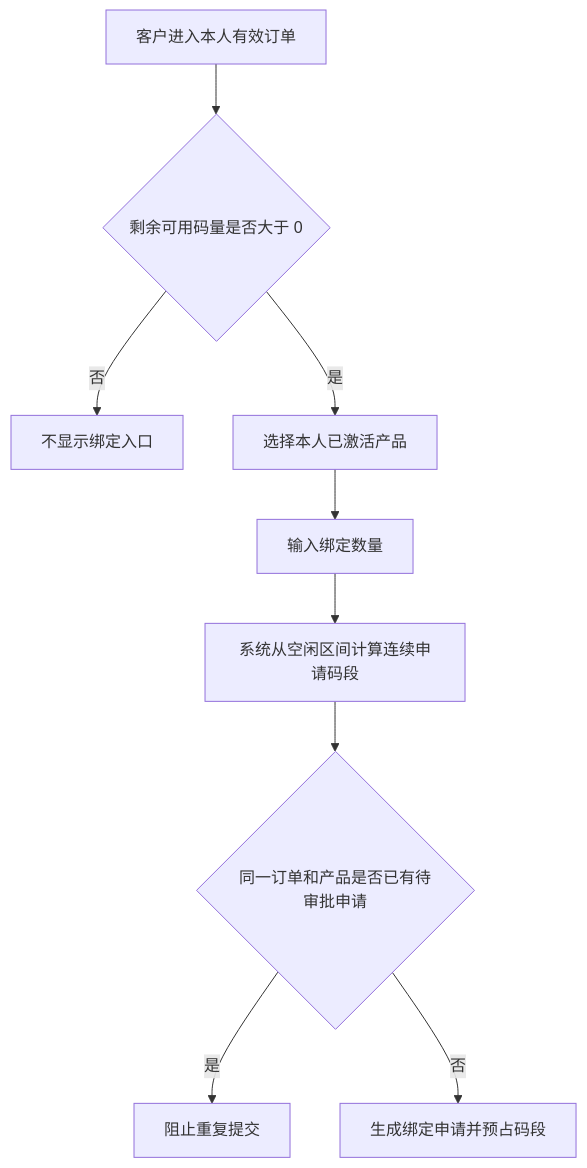
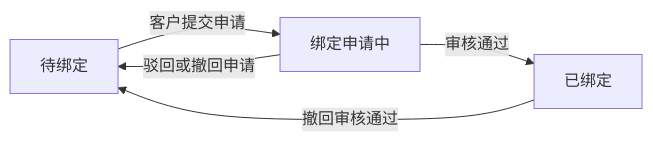
One commit to watanabeJ/traceability-quality-code-prototype changed the second of 2 diagrams in docs/development/01-business-processes.md. Above: the diagram before and after it, drawn with Mermaid. The commit also changed other lines of this file and 165 other files, not shown here.

````diff
--- a/docs/development/01-business-processes.md
+++ b/docs/development/01-business-processes.md
@@ -111,11 +38,7 @@
 ```mermaid
-flowchart TD
-    A["客户进入本人有效订单"] --> B{"剩余可用码量是否大于 0"}
-    B -->|"否"| C["不显示绑定入口"]
-    B -->|"是"| D["选择本人已激活产品"]
-    D --> E["输入绑定数量"]
-    E --> F["系统从空闲区间计算连续申请码段"]
-    F --> G{"同一订单和产品是否已有待审批申请"}
-    G -->|"是"| H["阻止重复提交"]
-    G -->|"否"| I["生成绑定申请并预占码段"]
+flowchart LR
+  FREE["待绑定"] -->|"客户提交申请"| PENDING["绑定申请中"]
+  PENDING -->|"审核通过"| ACTIVE["已绑定"]
+  PENDING -->|"驳回或撤回申请"| FREE
+  ACTIVE -->|"撤回审核通过"| FREE
 ```
````
